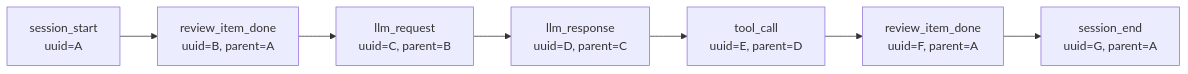
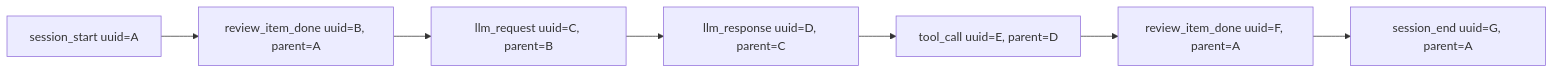
The first of 10 diagrams in doc/bundles/jishu/ai/products/open-code-review/concepts/05-session-telemetry.md (awesome-flexloop/awesome-okf), drawn with Mermaid before and after one commit. The commit also changed other lines of this file and 10 other files, not shown here.

First line of the commit message:
docs(bundle): 清偿 Open Code Review 存量 Mermaid 违规避免规范漂移累积

````diff
--- a/doc/bundles/jishu/ai/products/open-code-review/concepts/05-session-telemetry.md
+++ b/doc/bundles/jishu/ai/products/open-code-review/concepts/05-session-telemetry.md
@@ -78,9 +78,9 @@
 ```mermaid
 flowchart LR
-    SS["session_start<br/>uuid=A"] --> RID1["review_item_done<br/>uuid=B, parent=A"]
-    RID1 --> LR1["llm_request<br/>uuid=C, parent=B"]
-    LR1 --> LSP1["llm_response<br/>uuid=D, parent=C"]
-    LSP1 --> TC1["tool_call<br/>uuid=E, parent=D"]
-    TC1 --> RID2["review_item_done<br/>uuid=F, parent=A"]
-    RID2 --> SE["session_end<br/>uuid=G, parent=A"]
+    SS["session_start uuid=A"] --> RID1["review_item_done uuid=B, parent=A"]
+    RID1 --> LR1["llm_request uuid=C, parent=B"]
+    LR1 --> LSP1["llm_response uuid=D, parent=C"]
+    LSP1 --> TC1["tool_call uuid=E, parent=D"]
+    TC1 --> RID2["review_item_done uuid=F, parent=A"]
+    RID2 --> SE["session_end uuid=G, parent=A"]
 ```
````
